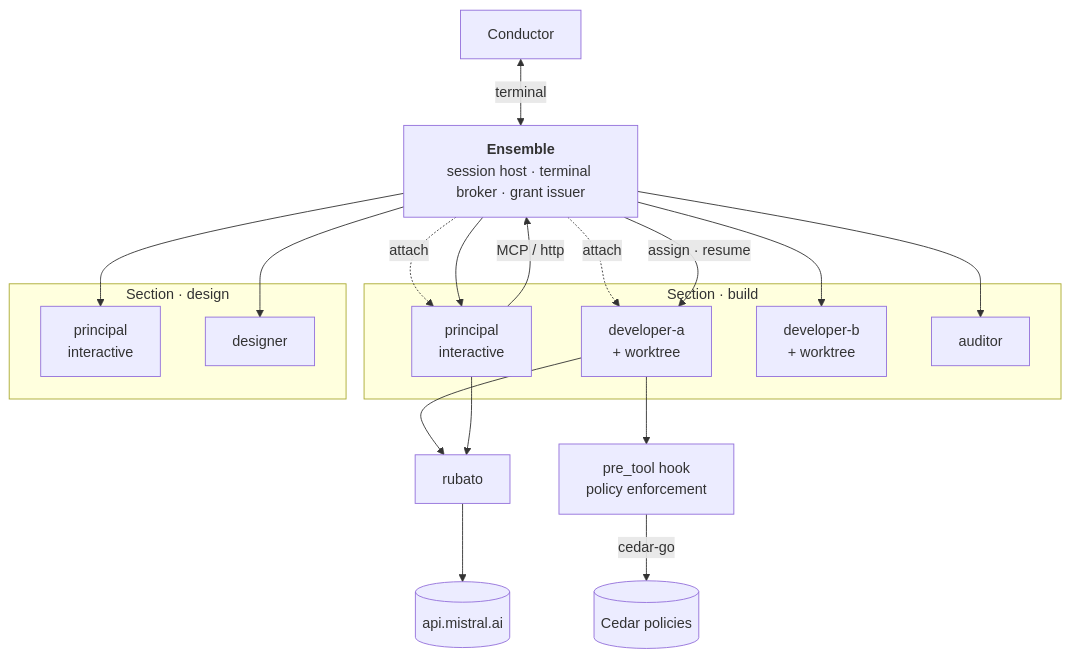
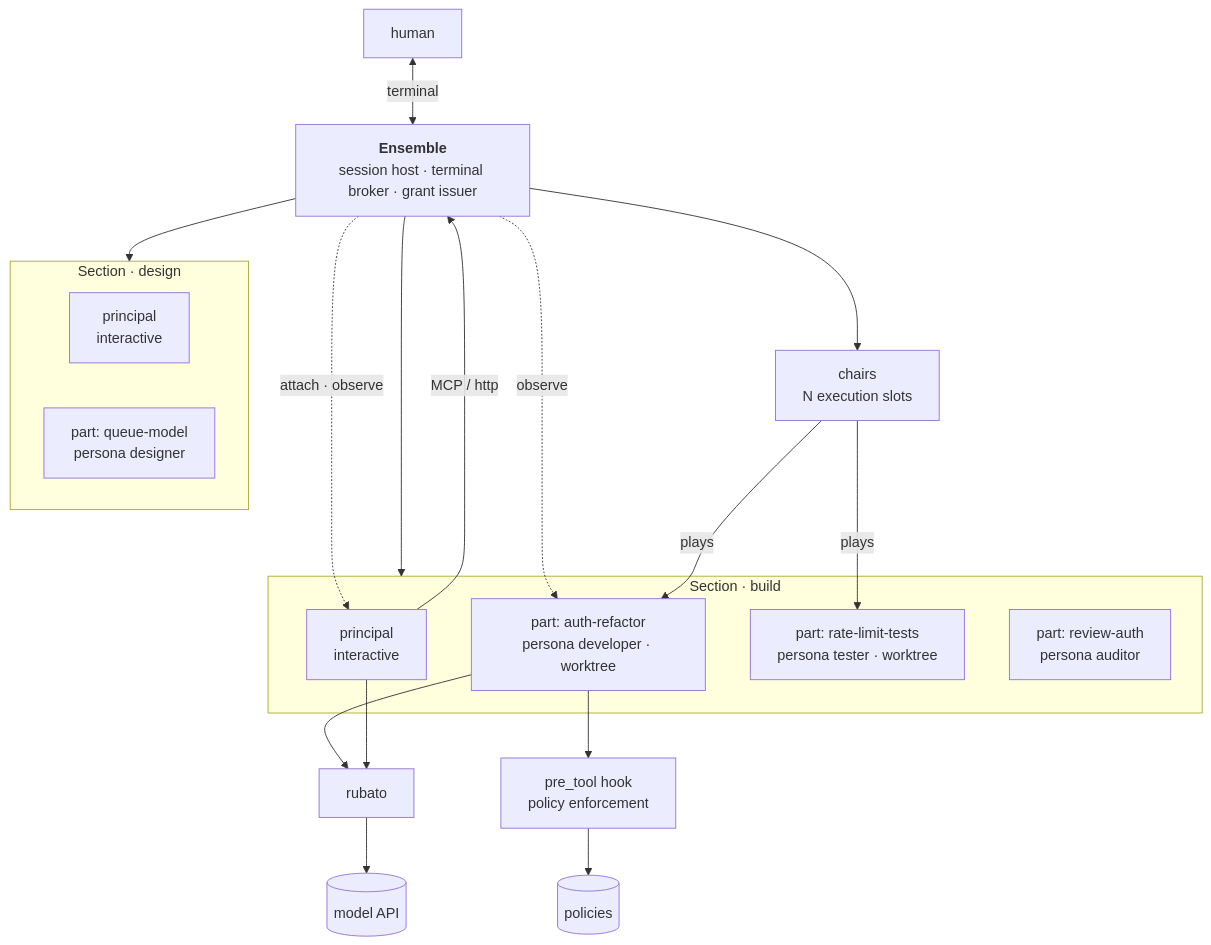
One commit to noclearreaction/symphony-maestro changed the first of 6 diagrams in docs/ensemble/README.md. Above: the diagram before and after it, drawn with Mermaid. The commit also changed other lines of this file and 1 other file, not shown here.

First line of the commit message:
docs(ensemble): parts carry context, personas are configuration

````diff
--- a/docs/ensemble/README.md
+++ b/docs/ensemble/README.md
@@ -73,38 +87,38 @@
 ```mermaid
 flowchart TB
-  OP["Conductor"]
-  POD["<b>Ensemble</b><br/>session host · terminal broker · grant issuer"]
+  H["human"]
+  ENS["<b>Ensemble</b><br/>session host · terminal broker · grant issuer"]
 
-  subgraph T1["Section · build"]
-    O1["principal<br/>interactive"]
-    D1["developer-a<br/>+ worktree"]
-    D2["developer-b<br/>+ worktree"]
-    AU["auditor"]
+  subgraph S1["Section · build"]
+    P1["principal<br/>interactive"]
+    A1["part: auth-refactor<br/>persona developer · worktree"]
+    A2["part: rate-limit-tests<br/>persona tester · worktree"]
+    A3["part: review-auth<br/>persona auditor"]
   end
 
-  subgraph T2["Section · design"]
-    O2["principal<br/>interactive"]
-    DS["designer"]
+  subgraph S2["Section · design"]
+    P2["principal<br/>interactive"]
+    D1["part: queue-model<br/>persona designer"]
   end
 
+  CH["chairs<br/>N execution slots"]
   HOOK["pre_tool hook<br/>policy enforcement"]
-  POL[("Cedar policies")]
+  POL[("policies")]
   RUB["rubato"]
-  API[("api.mistral.ai")]
+  API[("model API")]
 
-  OP <-->|"terminal"| POD
-  POD -.->|"attach"| O1
-  POD -.->|"attach"| D1
-  POD -->|"assign · resume"| D1
-  POD --> D2
-  POD --> AU
-  POD --> O1
-  POD --> O2
-  POD --> DS
-  O1 -->|"MCP / http"| POD
-  D1 --> HOOK
-  HOOK -->|"cedar-go"| POL
-  D1 --> RUB
-  O1 --> RUB
+  H <-->|"terminal"| ENS
+  ENS -.->|"attach · observe"| P1
+  ENS -.->|"observe"| A1
+  ENS --> S1
+  ENS --> S2
+  ENS --> CH
+  CH -->|"plays"| A1
+  CH -->|"plays"| A2
+  P1 -->|"MCP / http"| ENS
+  A1 --> HOOK
+  HOOK --> POL
+  A1 --> RUB
+  P1 --> RUB
   RUB --> API
 ```
````
